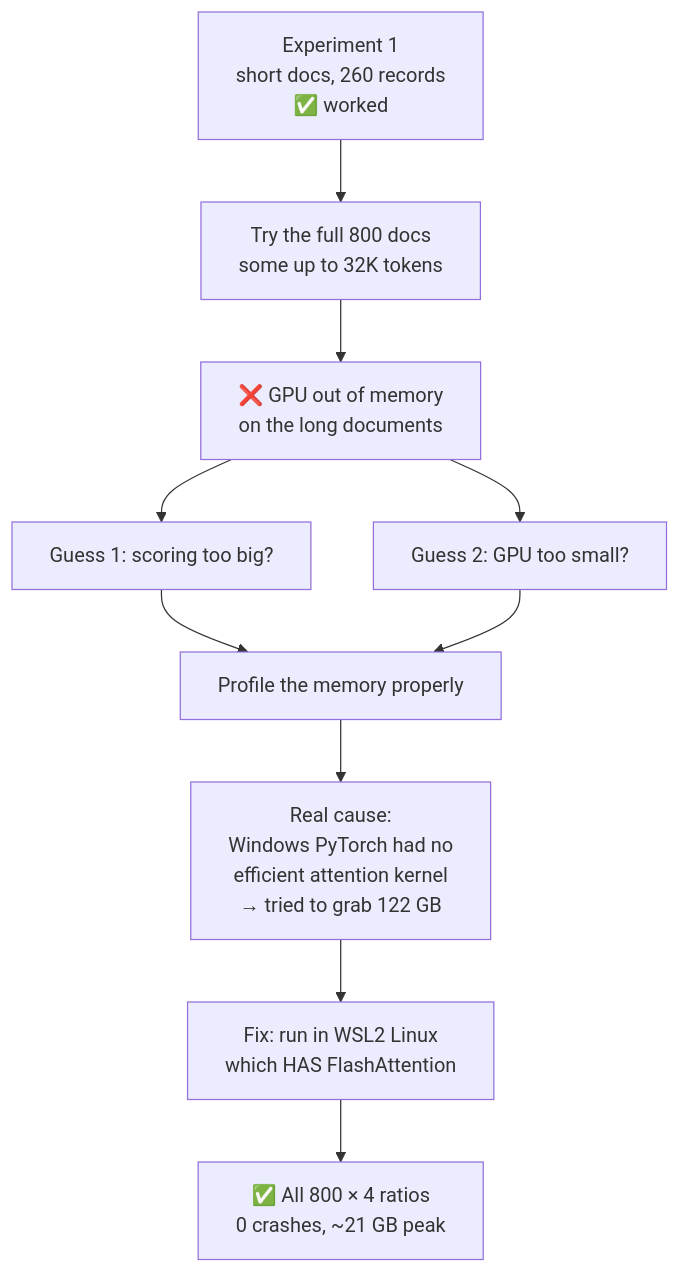
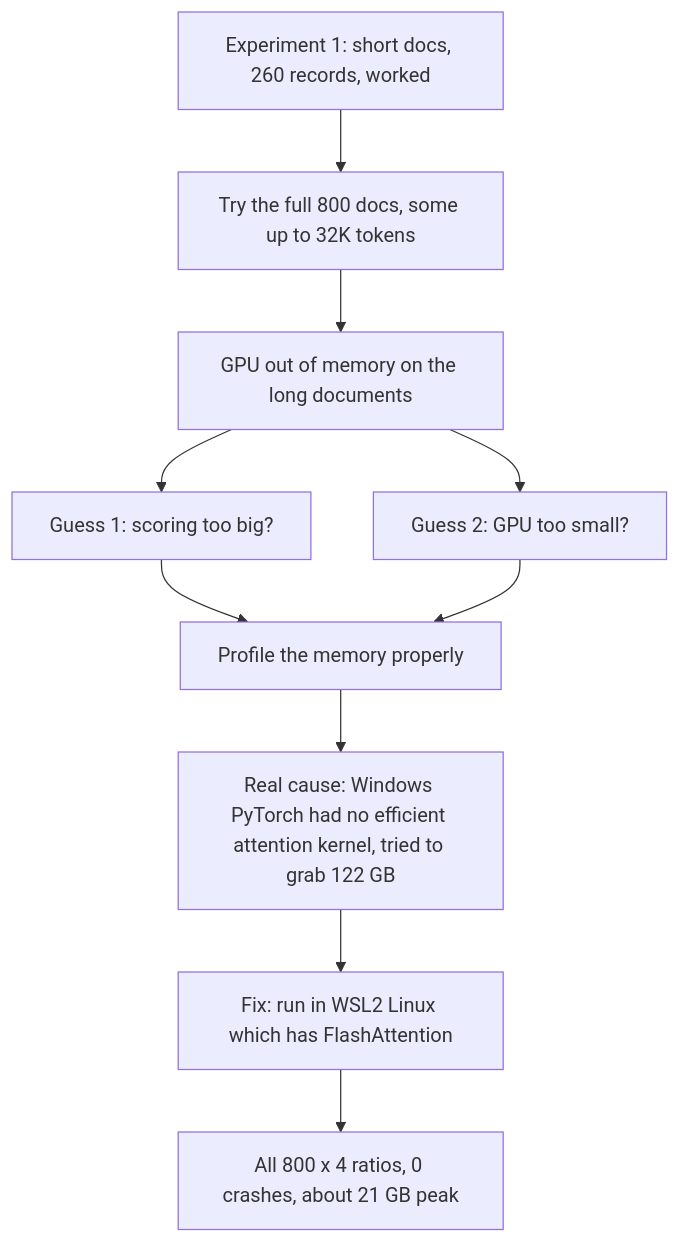
The diagram in members/samruddhi/README.md (samruddhichitnis02/298a-kv-cache-compression), drawn with Mermaid before and after one commit. The commit also changed other lines of this file, not shown here.

Commit message:
Rewrite TriAttention README: clean results first, full OOM investigation second, all result charts and animations

````diff
--- a/members/samruddhi/README.md
+++ b/members/samruddhi/README.md
@@ -109,12 +104,12 @@
 ```mermaid
 flowchart TD
-    A["Experiment 1<br/>short docs, 260 records<br/>✅ worked"] --> B["Try the full 800 docs<br/>some up to 32K tokens"]
-    B --> C["❌ GPU out of memory<br/>on the long documents"]
+    A["Experiment 1: short docs, 260 records, worked"] --> B["Try the full 800 docs, some up to 32K tokens"]
+    B --> C["GPU out of memory on the long documents"]
     C --> D["Guess 1: scoring too big?"]
     C --> E["Guess 2: GPU too small?"]
     D --> F["Profile the memory properly"]
     E --> F
-    F --> G["Real cause:<br/>Windows PyTorch had no<br/>efficient attention kernel<br/>→ tried to grab 122 GB"]
-    G --> H["Fix: run in WSL2 Linux<br/>which HAS FlashAttention"]
-    H --> I["✅ All 800 × 4 ratios<br/>0 crashes, ~21 GB peak"]
+    F --> G["Real cause: Windows PyTorch had no efficient attention kernel, tried to grab 122 GB"]
+    G --> H["Fix: run in WSL2 Linux which has FlashAttention"]
+    H --> I["All 800 x 4 ratios, 0 crashes, about 21 GB peak"]
 ```
````
